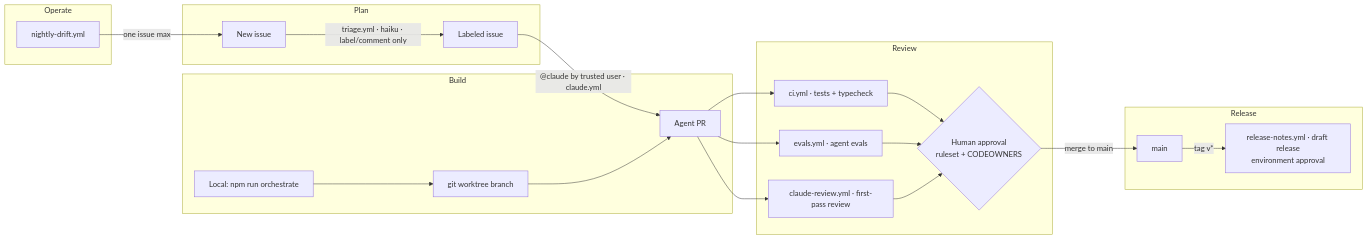
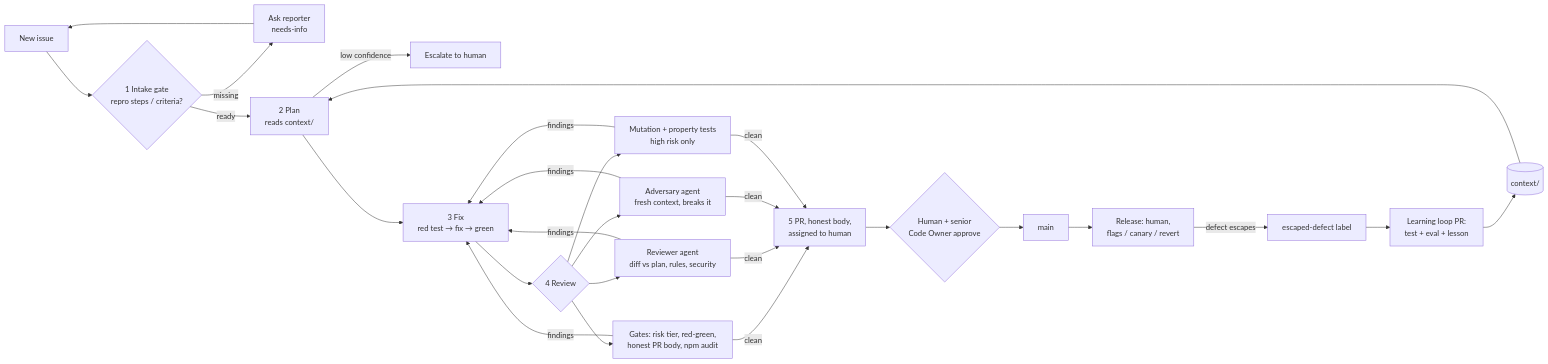
Before and after one commit to ruyd/agentic-sdlc-lab: the diagram in docs/ARCHITECTURE.md, drawn with Mermaid. The commit also changed other lines of this file and 41 other files, not shown here.

````diff
--- a/docs/ARCHITECTURE.md
+++ b/docs/ARCHITECTURE.md
@@ -5,23 +5,19 @@
 ```mermaid
 flowchart LR
-  subgraph Plan
-    I[New issue] -->|triage.yml · haiku · label/comment only| T[Labeled issue]
-  end
-  subgraph Build
-    T -->|"@claude" by trusted user · claude.yml| PR[Agent PR]
-    L[Local: npm run orchestrate] --> W[git worktree branch] --> PR
-  end
-  subgraph Review
-    PR --> CI[ci.yml · tests + typecheck]
-    PR --> EV[evals.yml · agent evals]
-    PR --> RV[claude-review.yml · first-pass review]
-    CI & EV & RV --> H{Human approval\nruleset + CODEOWNERS}
-  end
-  subgraph Release
-    H -->|merge to main| M[main]
-    M -->|tag v*| RN[release-notes.yml · draft release\nenvironment approval]
-  end
-  subgraph Operate
-    N[nightly-drift.yml] -->|one issue max| I
-  end
+  I[New issue] --> G1{1 Intake gate<br/>repro steps / criteria?}
+  G1 -->|missing| Q[Ask reporter<br/>needs-info] --> I
+  G1 -->|ready| P[2 Plan<br/>reads context/]
+  P -->|low confidence| H1[Escalate to human]
+  P --> F[3 Fix<br/>red test → fix → green]
+  F --> R{4 Review}
+  R --> D[Gates: risk tier, red-green,<br/>honest PR body, npm audit]
+  R --> RV[Reviewer agent<br/>diff vs plan, rules, security]
+  R --> AD[Adversary agent<br/>fresh context, breaks it]
+  R --> MU[Mutation + property tests<br/>high risk only]
+  D & RV & AD & MU -->|findings| F
+  D & RV & AD & MU -->|clean| PR[5 PR, honest body,<br/>assigned to human]
+  PR --> HM{Human + senior<br/>Code Owner approve}
+  HM --> M[main] --> REL[Release: human,<br/>flags / canary / revert]
+  REL -->|defect escapes| ED[escaped-defect label] --> L[Learning loop PR:<br/>test + eval + lesson] --> CTX[(context/)]
+  CTX --> P
 ```
````
